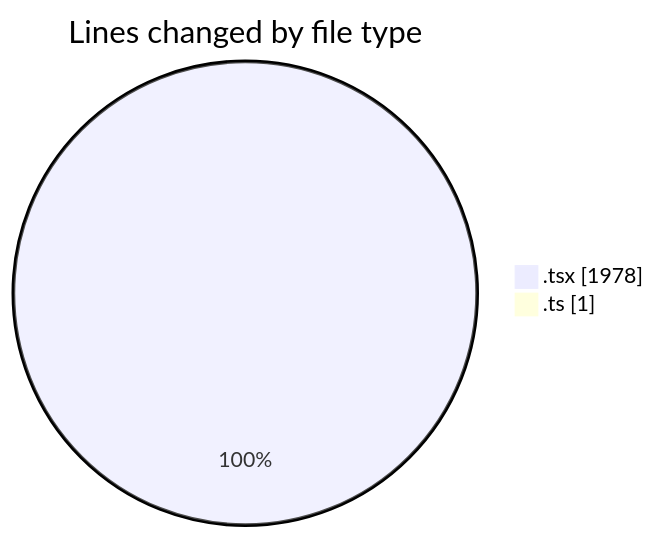
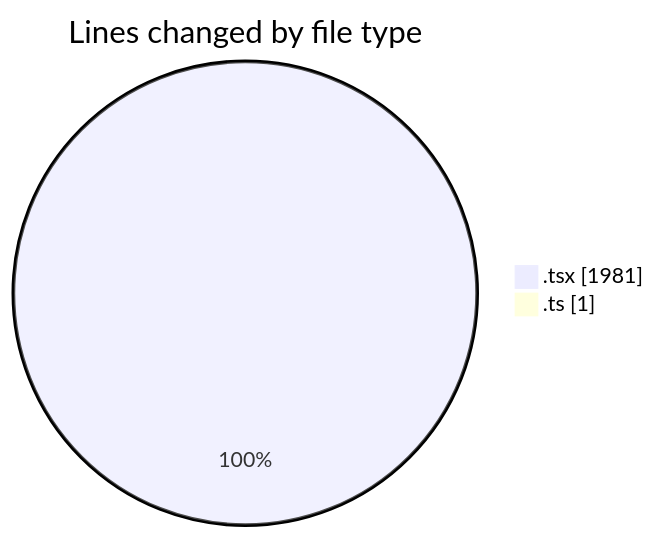
Before and after one commit to robertbonfada/code-tracking: the first of 2 diagrams in 2025-03-08/mbc-web/README.md, drawn with Mermaid. The commit also changed other lines of this file and 1 other file, not shown here.

````diff
--- a/2025-03-08/mbc-web/README.md
+++ b/2025-03-08/mbc-web/README.md
@@ -29,6 +29,6 @@
 ```mermaid
 pie showData
 title Lines changed by file type
-".tsx" : 1978
+".tsx" : 1981
 ".ts" : 1
 ```
````
